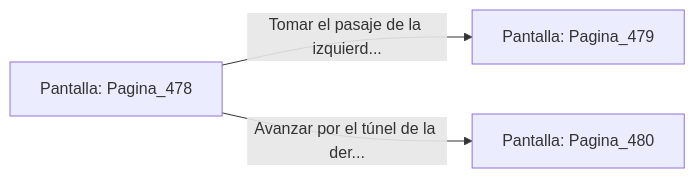
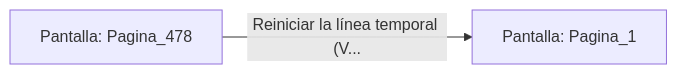
One commit to metsuke/mpl changed the diagram in sample/eligejuego-vault/Pantalla_Pagina_478.md. Above: the diagram before and after it, drawn with Mermaid. The commit also changed other lines of this file and 635 other files, not shown here.

First line of the commit message:
fix: añadir Pagina_1 como pantalla inicial en capitulo_01.mpl

````diff
--- a/sample/eligejuego-vault/Pantalla_Pagina_478.md
+++ b/sample/eligejuego-vault/Pantalla_Pagina_478.md
@@ -20,6 +17,5 @@
 ```mermaid
 graph LR
     P_Pagina_478["Pantalla: Pagina_478"]
-    P_Pagina_478 -->|"Tomar el pasaje de la izquierd..."| P_Pagina_479["Pantalla: Pagina_479"]
-    P_Pagina_478 -->|"Avanzar por el túnel de la der..."| P_Pagina_480["Pantalla: Pagina_480"]
+    P_Pagina_478 -->|"Reiniciar la línea temporal (V..."| P_Pagina_1["Pantalla: Pagina_1"]
 ```
````
